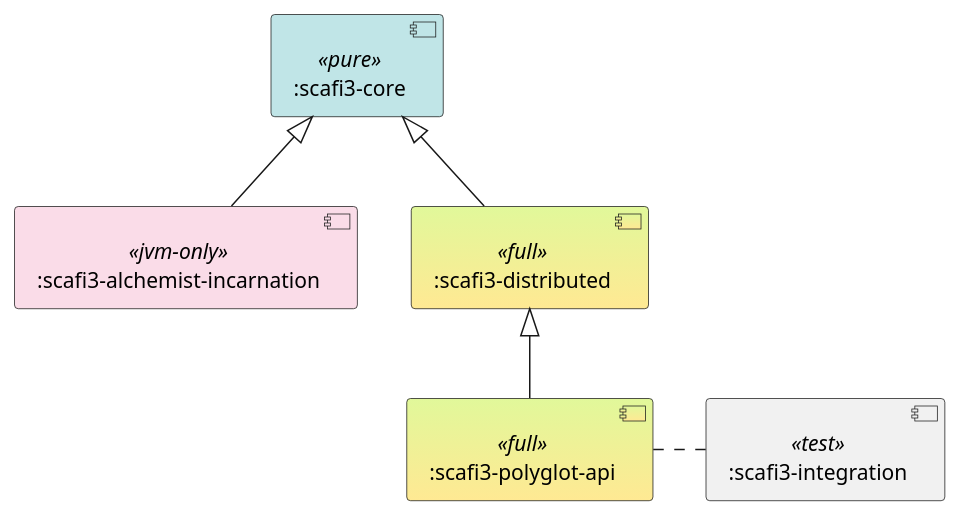
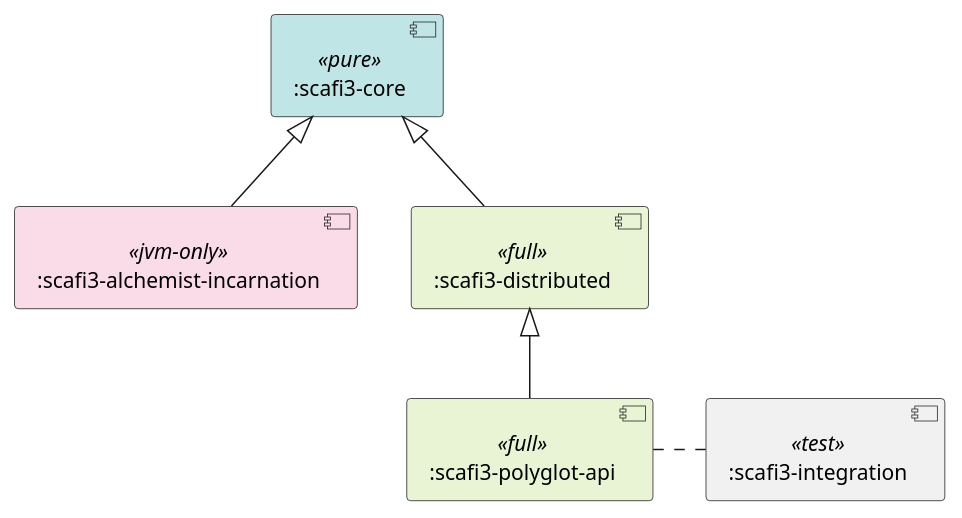
The diagram in resources/schemas/scafi3-architecture.puml (tassiluca/scafi3-mp-api-thesis), drawn with PlantUML before and after one commit. The commit also changed 5 other files, not shown here.

```diff
--- a/resources/schemas/scafi3-architecture.puml
+++ b/resources/schemas/scafi3-architecture.puml
@@ -1,24 +1,24 @@
 @startuml scafi3-architecture
 
 skinparam component {
     BackgroundColor<<jvm-only>> #fadce8ff
     BackgroundColor<<pure>> #c0e5e7ff
-    BackgroundColor<<full>> #e1f89aff-ffe993ff
+    BackgroundColor<<full>> #e8f4d4ff
 }
 
 component ":scafi3-core" as core <<pure>>
 
 component ":scafi3-alchemist-incarnation" as alchemist <<jvm-only>>
 
 component ":scafi3-distributed" as distributed <<full>>
 
 component ":scafi3-polyglot-api" as polyglot <<full>>
 
 component ":scafi3-integration" as integration <<test>>
 
 core <|-- alchemist
 core <|-- distributed
 distributed <|-- polyglot
 polyglot . integration
 
 @enduml
```
